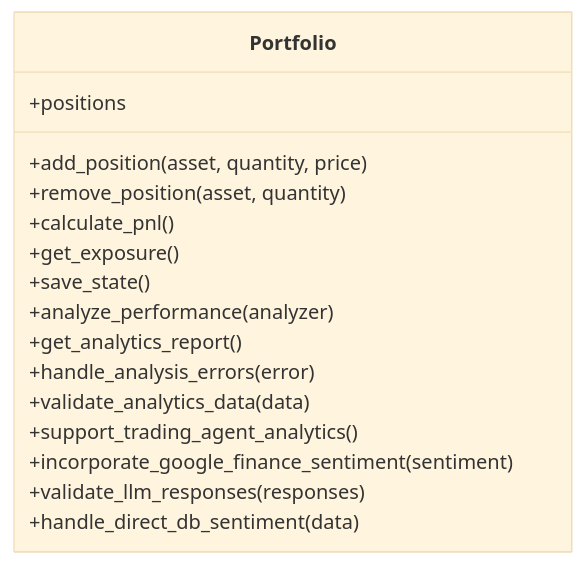
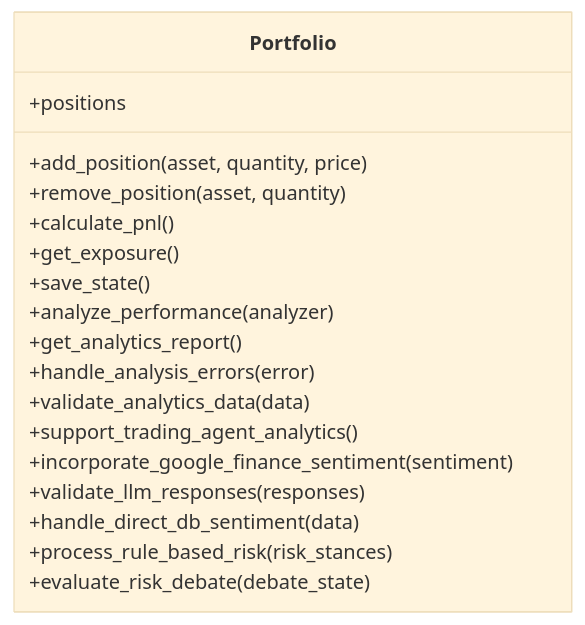
Before and after one commit to ZengSeng/telegram-bot: the sixth of 13 diagrams in .qoder/repowiki/en/content/Core Components/Analysis Framework.md, drawn with Mermaid (base theme). The commit also changed other lines of this file and 8 other files, not shown here.

````diff
--- a/.qoder/repowiki/en/content/Core Components/Analysis Framework.md
+++ b/.qoder/repowiki/en/content/Core Components/Analysis Framework.md
@@ -368,19 +387,21 @@
 ```mermaid
 classDiagram
 class Portfolio {
 +positions
 +add_position(asset, quantity, price)
 +remove_position(asset, quantity)
 +calculate_pnl()
 +get_exposure()
 +save_state()
 +analyze_performance(analyzer)
 +get_analytics_report()
 +handle_analysis_errors(error)
 +validate_analytics_data(data)
 +support_trading_agent_analytics()
 +incorporate_google_finance_sentiment(sentiment)
 +validate_llm_responses(responses)
 +handle_direct_db_sentiment(data)
++process_rule_based_risk(risk_stances)
++evaluate_risk_debate(debate_state)
 }
 ```
````
